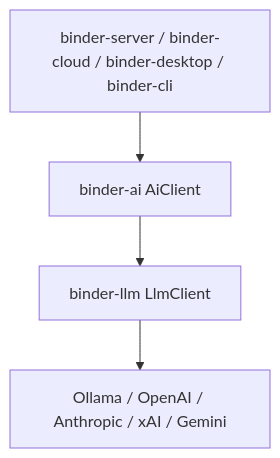
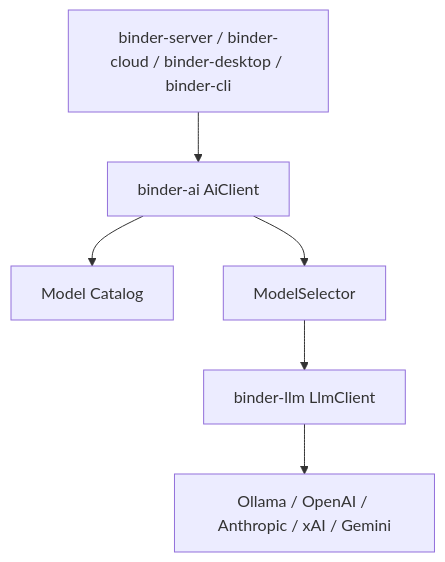
One commit to dpkimball/binder-ai changed the diagram in docs/as-built/architecture.md. Above: the diagram before and after it, drawn with Mermaid. The commit also changed other lines of this file and 30 other files, not shown here.

First line of the commit message:
Add a data-driven model catalog and capability-based routing.

````diff
--- a/docs/as-built/architecture.md
+++ b/docs/as-built/architecture.md
@@ -5,8 +5,14 @@
 ```mermaid
 flowchart TD
   apps["binder-server / binder-cloud / binder-desktop / binder-cli"]
   ai["binder-ai AiClient"]
+  catalog["Model Catalog"]
+  selector["ModelSelector"]
   llm["binder-llm LlmClient"]
   providers["Ollama / OpenAI / Anthropic / xAI / Gemini"]
-  apps --> ai --> llm --> providers
+  apps --> ai
+  ai --> catalog
+  ai --> selector
+  selector --> llm
+  llm --> providers
 ```
````
